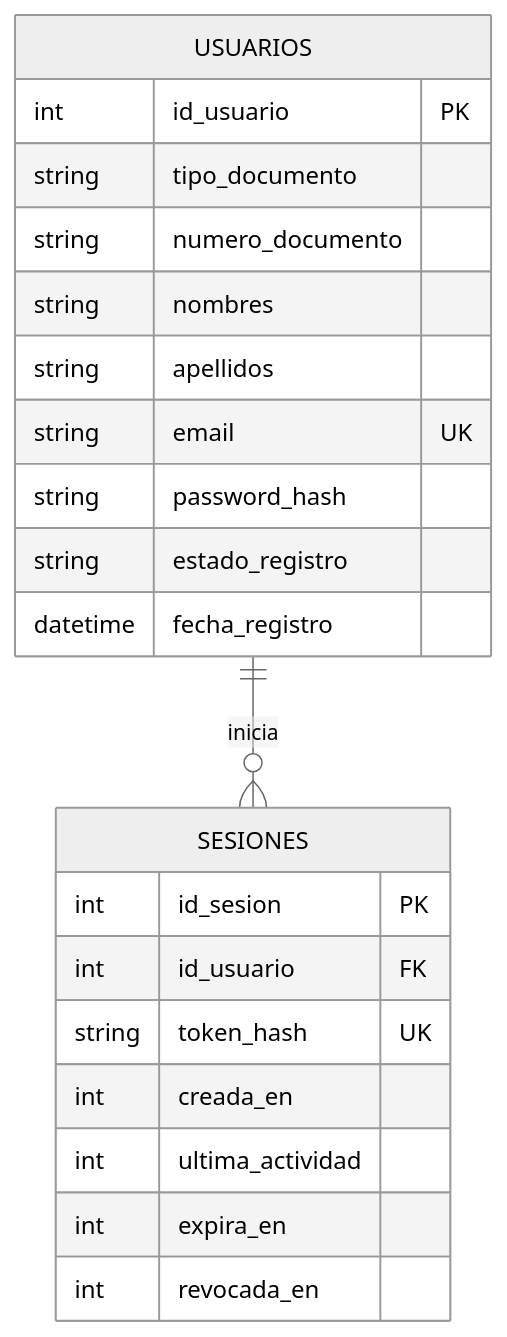
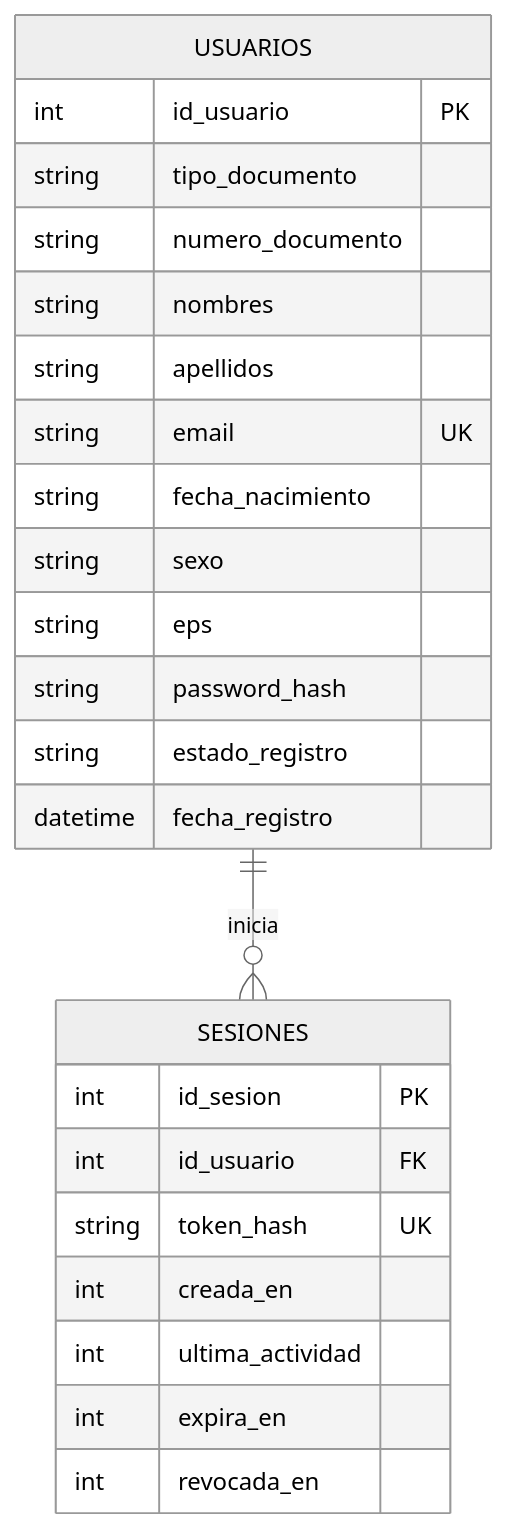
The diagram in backend/README.md (anamaria046/TDM_MEDITUNJA), drawn with Mermaid (neutral theme) before and after one commit. The commit also changed other lines of this file and 25 other files, not shown here.

````diff
--- a/backend/README.md
+++ b/backend/README.md
@@ -56,24 +78,27 @@
 ```mermaid
 erDiagram
     USUARIOS ||--o{ SESIONES : inicia
     USUARIOS {
         int id_usuario PK
         string tipo_documento
         string numero_documento
         string nombres
         string apellidos
         string email UK
+        string fecha_nacimiento
+        string sexo
+        string eps
         string password_hash
         string estado_registro
         datetime fecha_registro
     }
     SESIONES {
         int id_sesion PK
         int id_usuario FK
         string token_hash UK
         int creada_en
         int ultima_actividad
         int expira_en
         int revocada_en
     }
 ```
````
